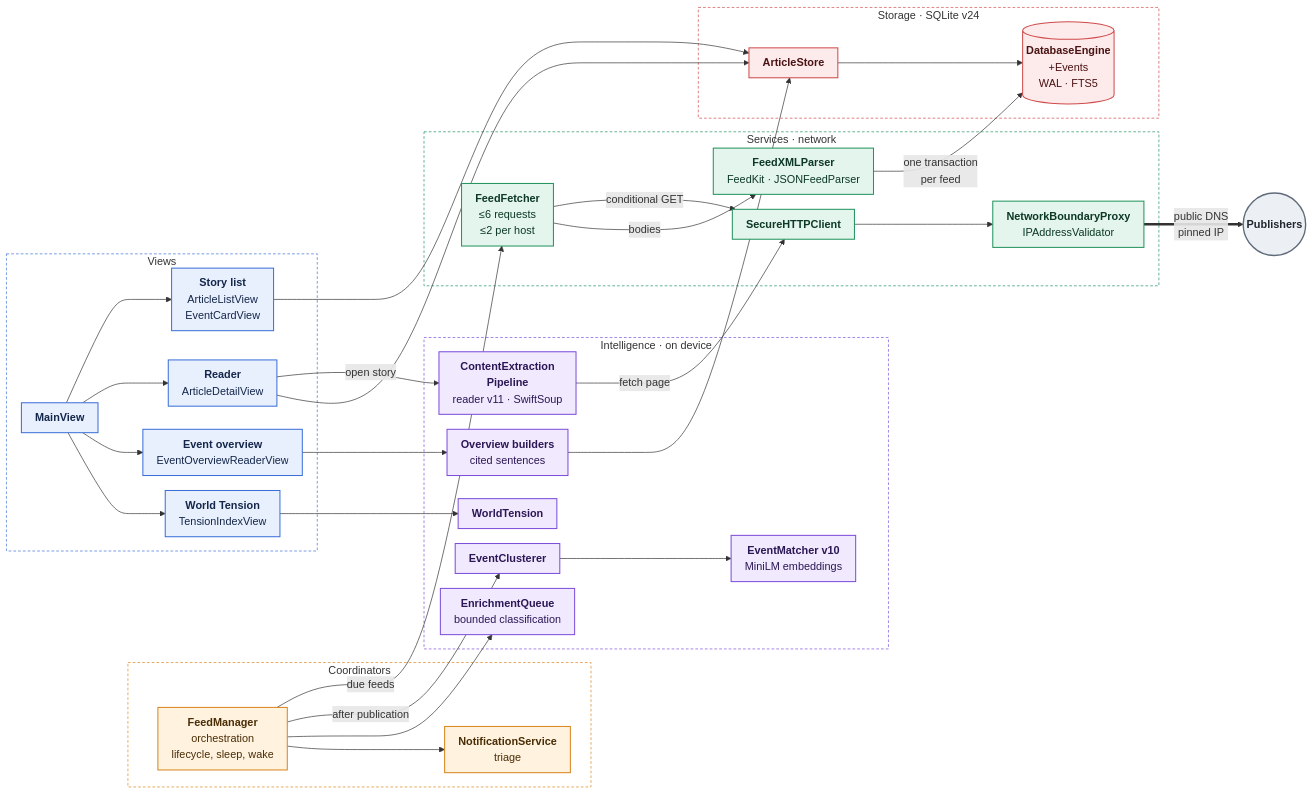
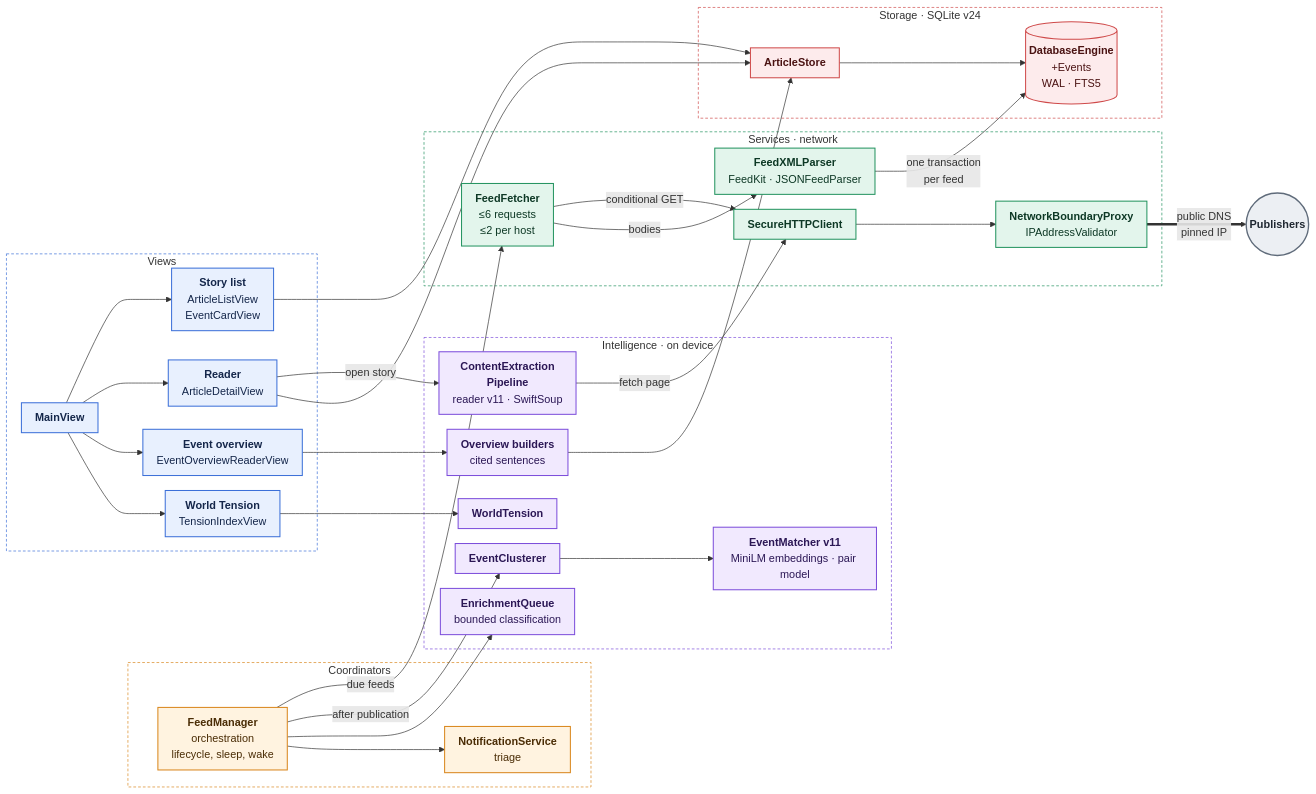
Before and after one commit to marspater/NewsApp-macOS: the first of 3 diagrams in docs/ARCHITECTURE.md, drawn with Mermaid. The commit also changed other lines of this file and 9 other files, not shown here.

First line of the commit message:
feat(models): ship the trained pair model; gate 3 met on the holdout

````diff
--- a/docs/ARCHITECTURE.md
+++ b/docs/ARCHITECTURE.md
@@ -22,75 +22,75 @@
 ```mermaid
 %%{init: {"flowchart": {"curve": "basis", "nodeSpacing": 22, "rankSpacing": 44, "padding": 10}}}%%
 flowchart LR
     subgraph Coord["Coordinators"]
         FM["<b>FeedManager</b><br/>orchestration<br/>lifecycle, sleep, wake"]
         NS["<b>NotificationService</b><br/>triage"]
     end
 
     subgraph UI["Views"]
         Main["<b>MainView</b>"]
         List["<b>Story list</b><br/>ArticleListView<br/>EventCardView"]
         Reader["<b>Reader</b><br/>ArticleDetailView"]
         Overview["<b>Event overview</b><br/>EventOverviewReaderView"]
         Tension["<b>World Tension</b><br/>TensionIndexView"]
     end
 
     subgraph Intel["Intelligence · on device"]
         EQ["<b>EnrichmentQueue</b><br/>bounded classification"]
         EC["<b>EventClusterer</b>"]
-        EM["<b>EventMatcher v10</b><br/>MiniLM embeddings"]
+        EM["<b>EventMatcher v11</b><br/>MiniLM embeddings · pair model"]
         CEP["<b>ContentExtraction<br/>Pipeline</b><br/>reader v11 · SwiftSoup"]
         OV["<b>Overview builders</b><br/>cited sentences"]
         WT["<b>WorldTension</b>"]
     end
 
     subgraph Svc["Services · network"]
         FF["<b>FeedFetcher</b><br/>≤6 requests<br/>≤2 per host"]
         Parse["<b>FeedXMLParser</b><br/>FeedKit · JSONFeedParser"]
         HTTP["<b>SecureHTTPClient</b>"]
         GW["<b>NetworkBoundaryProxy</b><br/>IPAddressValidator"]
     end
 
     subgraph Store["Storage · SQLite v24"]
         AS["<b>ArticleStore</b>"]
         DB[("<b>DatabaseEngine</b><br/>+Events<br/>WAL · FTS5")]
     end
 
     Net(("<b>Publishers</b>"))
 
     FM -->|due feeds| FF
     FM -->|after publication| EC
     FM --> EQ & NS
     EC --> EM
     FF -->|conditional GET| HTTP
     FF -->|bodies| Parse
     Parse -->|one transaction<br/>per feed| DB
     Main --> List & Reader & Overview & Tension
     Reader -->|open story| CEP
     CEP -->|fetch page| HTTP
     HTTP --> GW
     GW ==>|public DNS<br/>pinned IP| Net
     Overview --> OV
     OV --> AS
     List & Reader --> AS
     AS --> DB
     Tension --> WT
 
     classDef ui fill:#E8F0FE,stroke:#3B6FD8,stroke-width:1.5px,color:#14264A
     classDef coord fill:#FFF3E0,stroke:#D9861C,stroke-width:1.5px,color:#4A2C05
     classDef intel fill:#F1E9FE,stroke:#7C4DDB,stroke-width:1.5px,color:#2B1755
     classDef svc fill:#E3F5EC,stroke:#23935F,stroke-width:1.5px,color:#0D3825
     classDef store fill:#FDEBEC,stroke:#CF4A4A,stroke-width:1.5px,color:#4A1212
     classDef ext fill:#ECEFF3,stroke:#5F6B7A,stroke-width:2px,color:#1E2630
     class Main,List,Reader,Overview,Tension ui
     class FM,NS coord
     class CEP,EQ,EC,EM,OV,WT intel
     class FF,Parse,HTTP,GW svc
     class AS,DB store
     class Net ext
     style UI fill:none,stroke:#3B6FD8,stroke-dasharray:4 3
     style Coord fill:none,stroke:#D9861C,stroke-dasharray:4 3
     style Intel fill:none,stroke:#7C4DDB,stroke-dasharray:4 3
     style Svc fill:none,stroke:#23935F,stroke-dasharray:4 3
     style Store fill:none,stroke:#CF4A4A,stroke-dasharray:4 3
 ```
````
